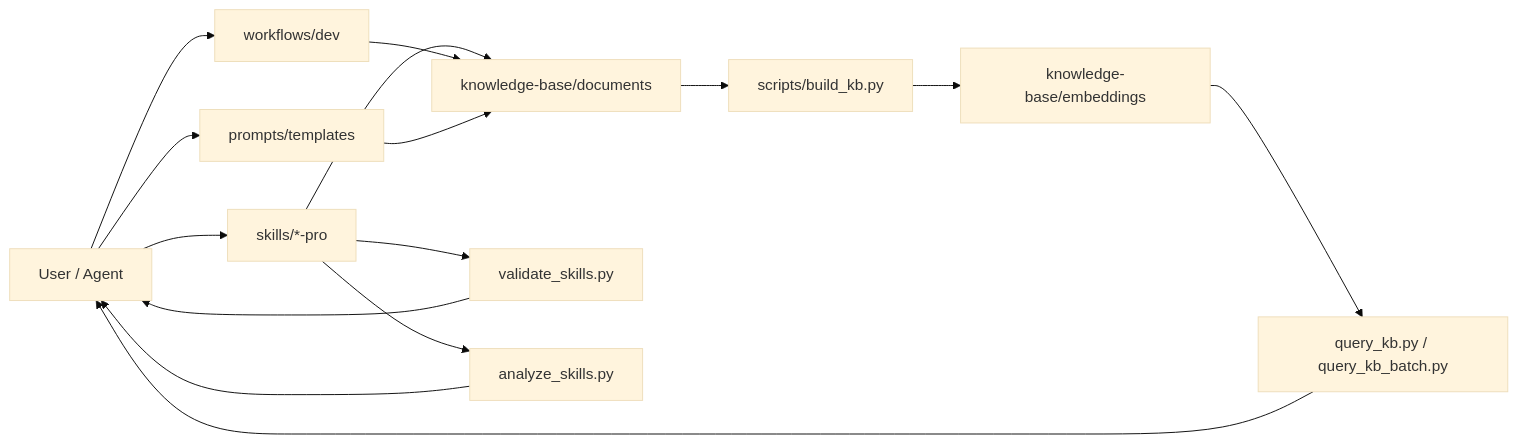
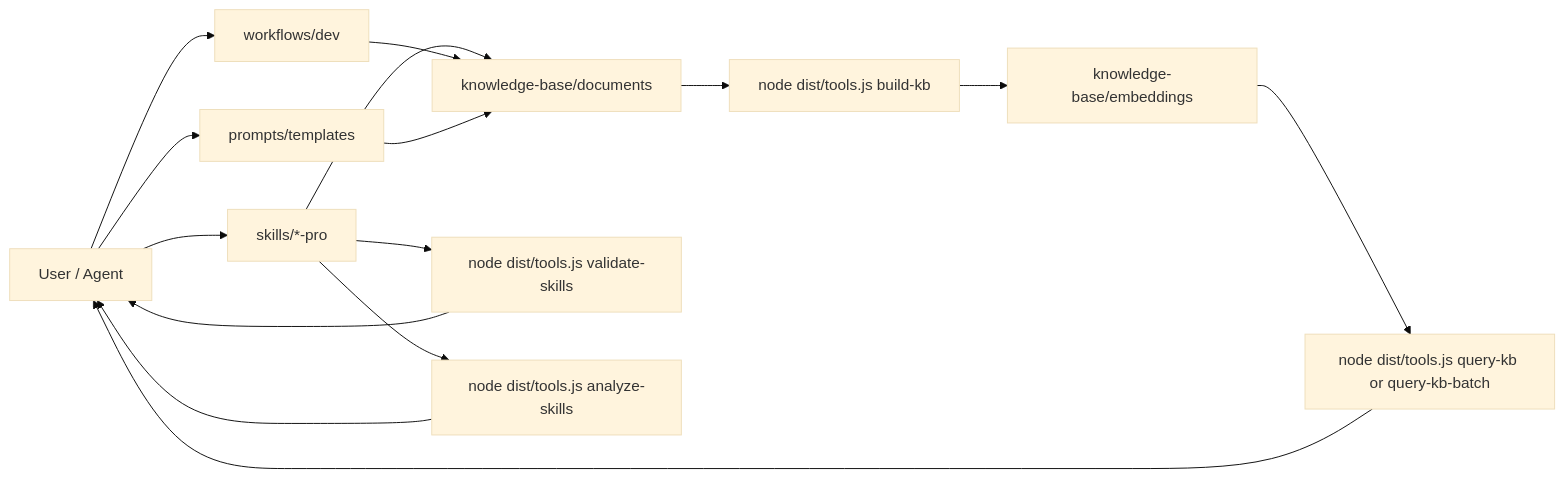
Before and after one commit to truongnat/skills: the diagram in README.md, drawn with Mermaid (base theme). The commit also changed other lines of this file and 36 other files, not shown here.

````diff
--- a/README.md
+++ b/README.md
@@ -58,20 +53,20 @@
 ```mermaid
 flowchart LR
   USER[User / Agent] --> SKILLS[skills/*-pro]
   USER --> WF[workflows/dev]
   USER --> PROMPTS[prompts/templates]
 
   SKILLS --> DOCS[knowledge-base/documents]
   WF --> DOCS
   PROMPTS --> DOCS
 
-  DOCS --> BUILD[scripts/build_kb.py]
+  DOCS --> BUILD[node dist/tools.js build-kb]
   BUILD --> EMB[knowledge-base/embeddings]
-  EMB --> QUERY[query_kb.py / query_kb_batch.py]
+  EMB --> QUERY[node dist/tools.js query-kb or query-kb-batch]
   QUERY --> USER
 
-  SKILLS --> VALIDATE[validate_skills.py]
-  SKILLS --> ANALYZE[analyze_skills.py]
+  SKILLS --> VALIDATE[node dist/tools.js validate-skills]
+  SKILLS --> ANALYZE[node dist/tools.js analyze-skills]
   VALIDATE --> USER
   ANALYZE --> USER
 ```
````
